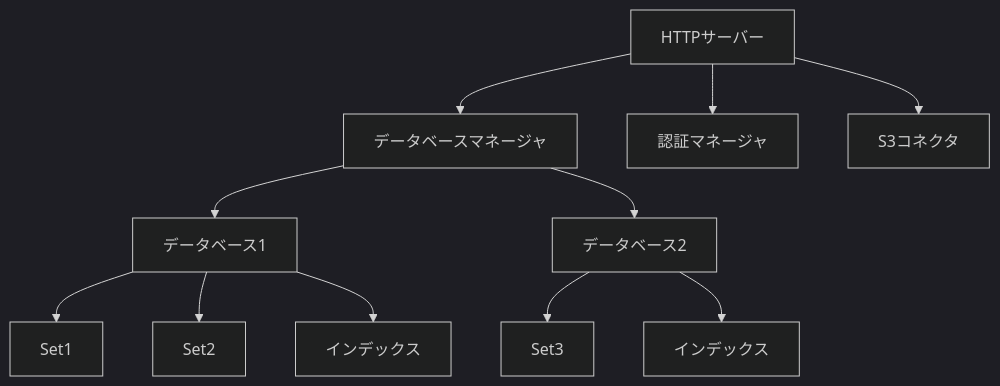
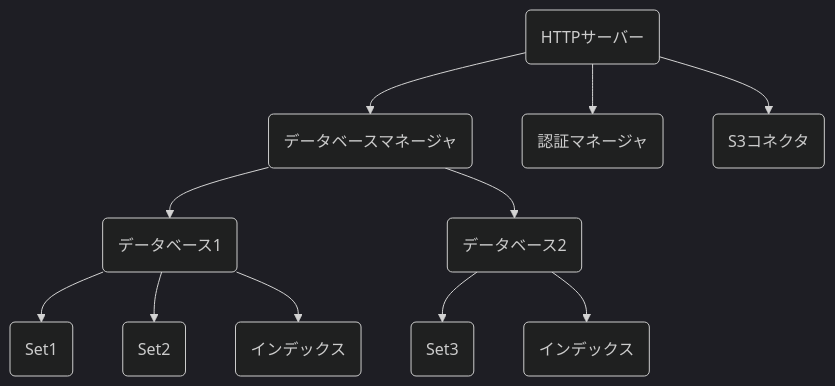
One commit to ssig33/fuckbase changed the first of 11 diagrams in textbooks/02_architecture.md. Above: the diagram before and after it, drawn with Mermaid (dark theme). The commit also changed 6 other files, not shown here.

Commit message:
Fix Mermaid diagrams in all textbooks by using parentheses for node text and curly braces for decision nodes

````diff
--- a/textbooks/02_architecture.md
+++ b/textbooks/02_architecture.md
@@ -9,13 +9,13 @@
 ```mermaid
 graph TD
-    A[HTTPサーバー] --> B[データベースマネージャ]
-    A --> C[認証マネージャ]
-    A --> D[S3コネクタ]
-    B --> E[データベース1]
-    B --> F[データベース2]
-    E --> G[Set1]
-    E --> H[Set2]
-    E --> I[インデックス]
-    F --> J[Set3]
-    F --> K[インデックス]
+    A("HTTPサーバー") --> B("データベースマネージャ")
+    A --> C("認証マネージャ")
+    A --> D("S3コネクタ")
+    B --> E("データベース1")
+    B --> F("データベース2")
+    E --> G("Set1")
+    E --> H("Set2")
+    E --> I("インデックス")
+    F --> J("Set3")
+    F --> K("インデックス")
 ```
````
